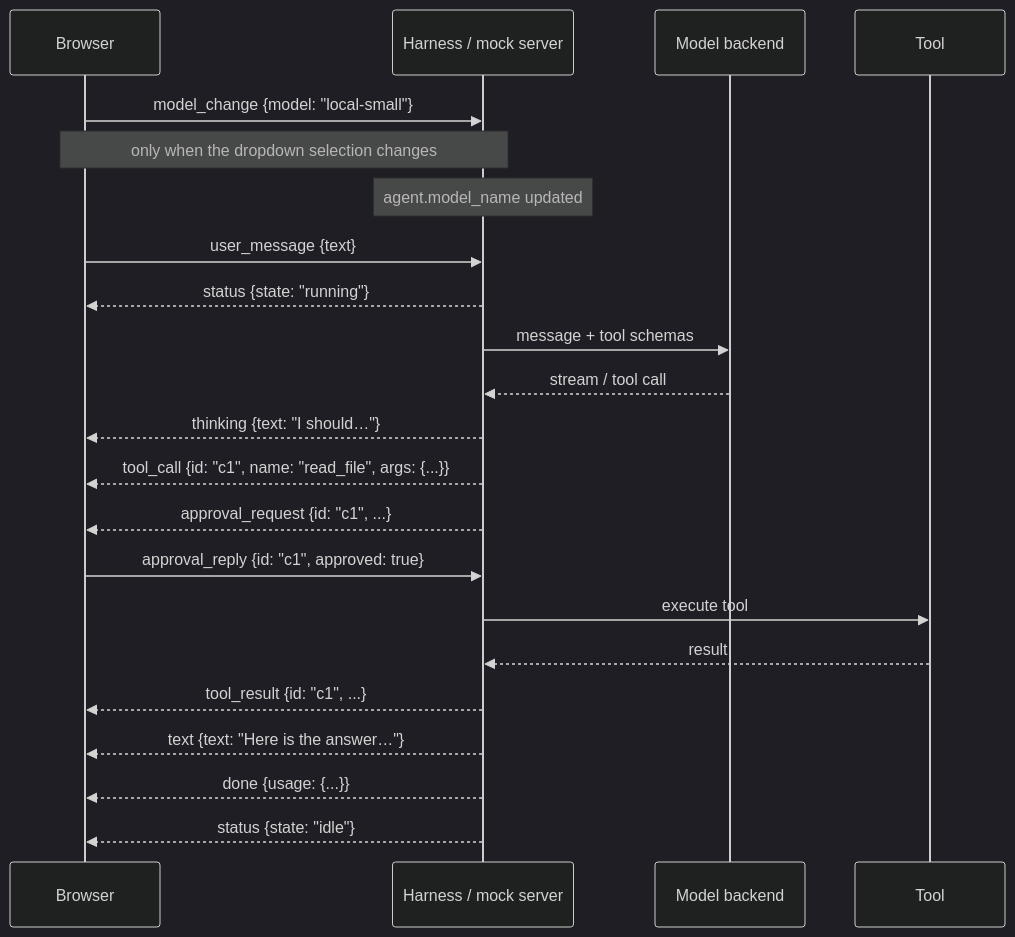
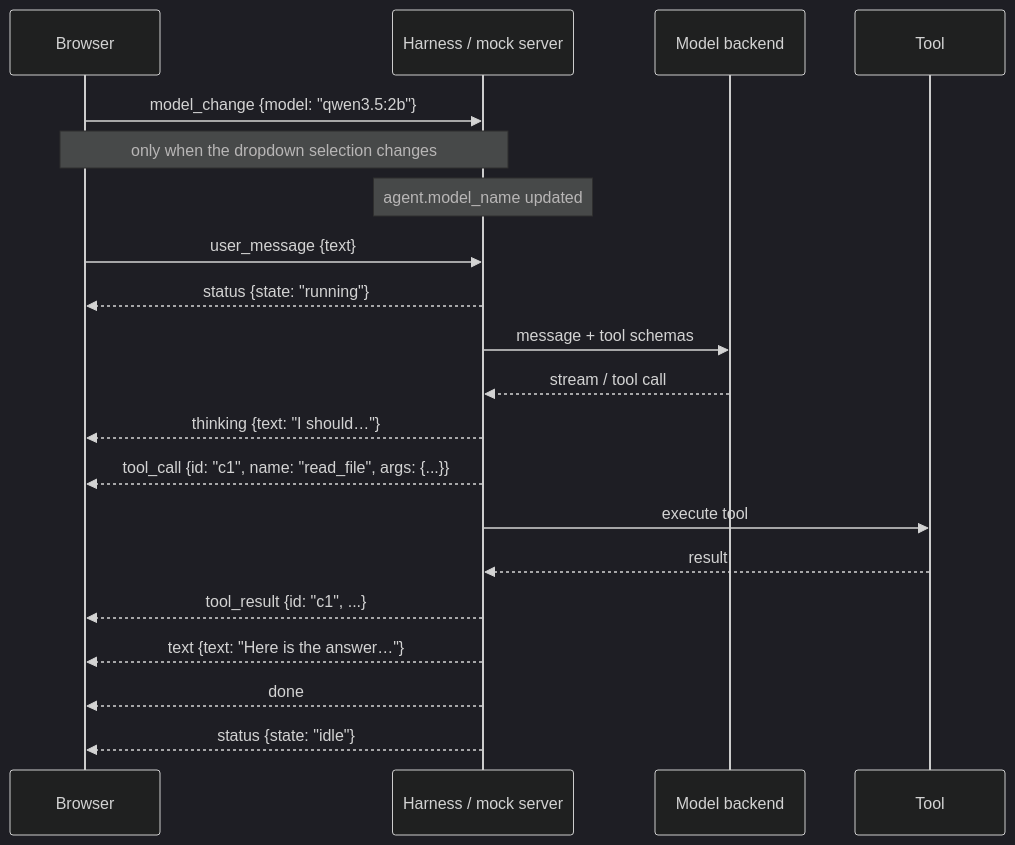
The second of 2 diagrams in docs/Architecture/Front end.md (LS-Stray-Synapses/Axol), drawn with Mermaid (dark theme) before and after one commit. The commit also changed other lines of this file and 13 other files, not shown here.

````diff
--- a/docs/Architecture/Front end.md
+++ b/docs/Architecture/Front end.md
@@ -71,25 +71,23 @@
 ```mermaid
 sequenceDiagram
     participant UI as Browser
     participant H as Harness / mock server
     participant M as Model backend
     participant T as Tool
 
-    UI->>H: model_change {model: "local-small"}
+    UI->>H: model_change {model: "qwen3.5:2b"}
     Note over UI,H: only when the dropdown selection changes
     Note over H: agent.model_name updated
     UI->>H: user_message {text}
     H-->>UI: status {state: "running"}
     H->>M: message + tool schemas
     M-->>H: stream / tool call
     H-->>UI: thinking {text: "I should…"}
     H-->>UI: tool_call {id: "c1", name: "read_file", args: {...}}
-    H-->>UI: approval_request {id: "c1", ...}
-    UI->>H: approval_reply {id: "c1", approved: true}
     H->>T: execute tool
     T-->>H: result
     H-->>UI: tool_result {id: "c1", ...}
     H-->>UI: text {text: "Here is the answer…"}
-    H-->>UI: done {usage: {...}}
+    H-->>UI: done
     H-->>UI: status {state: "idle"}
 ```
````
